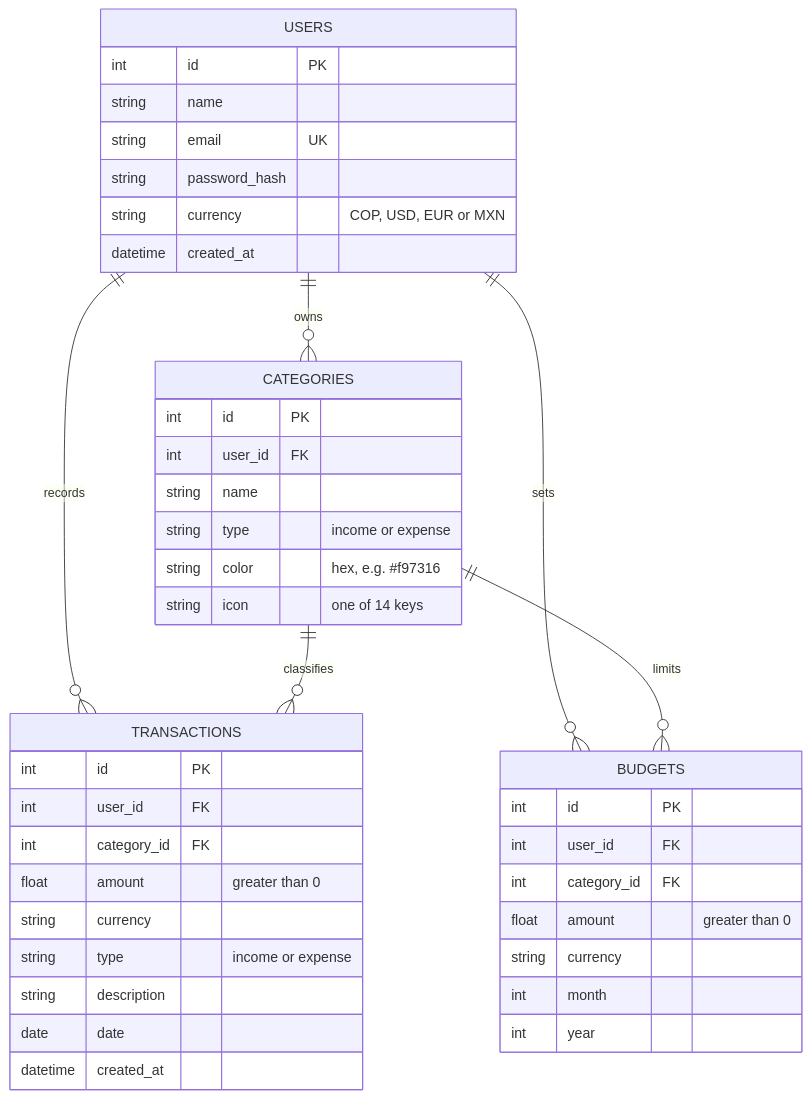
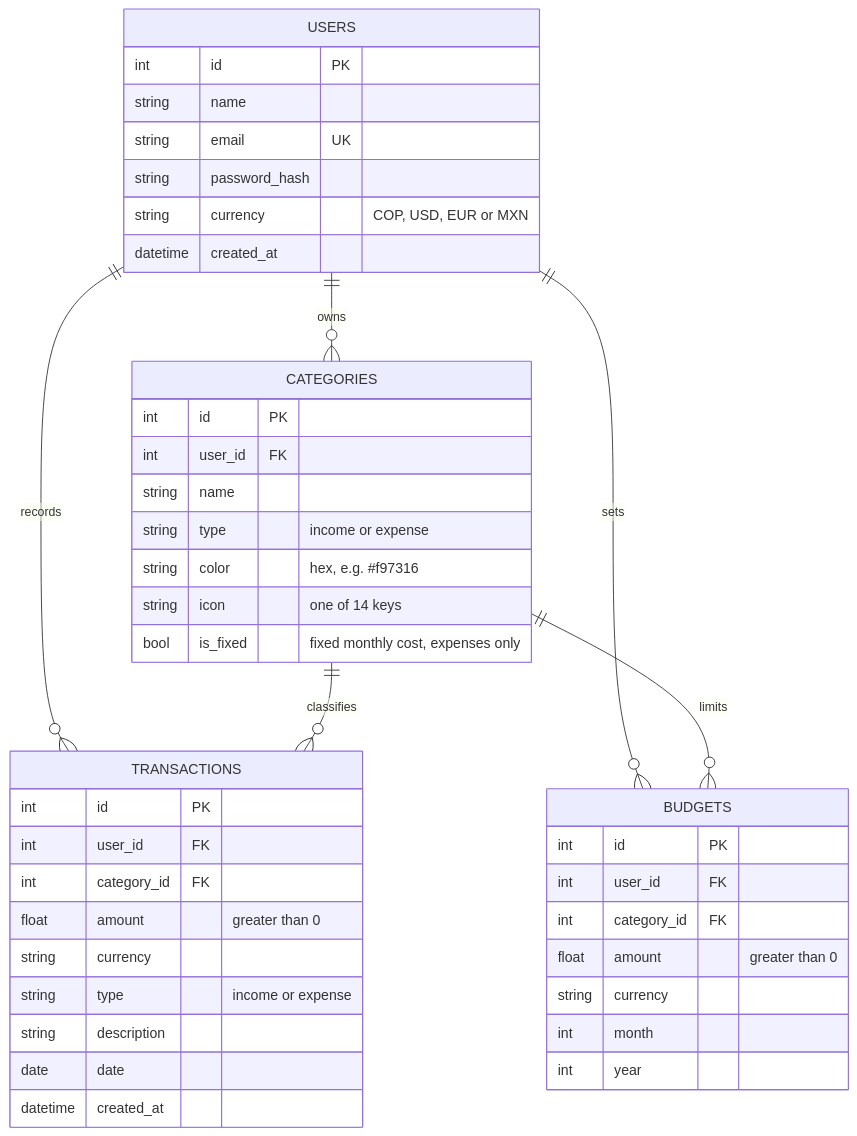
Before and after one commit to Rerzd/Lemmy: the second of 2 diagrams in README.md, drawn with Mermaid. The commit also changed other lines of this file, not shown here.

````diff
--- a/README.md
+++ b/README.md
@@ -64,45 +65,46 @@
 ```mermaid
 erDiagram
     USERS ||--o{ CATEGORIES : owns
     USERS ||--o{ TRANSACTIONS : records
     USERS ||--o{ BUDGETS : sets
     CATEGORIES ||--o{ TRANSACTIONS : classifies
     CATEGORIES ||--o{ BUDGETS : limits
 
     USERS {
         int id PK
         string name
         string email UK
         string password_hash
         string currency "COP, USD, EUR or MXN"
         datetime created_at
     }
     CATEGORIES {
         int id PK
         int user_id FK
         string name
         string type "income or expense"
         string color "hex, e.g. #f97316"
         string icon "one of 14 keys"
+        bool is_fixed "fixed monthly cost, expenses only"
     }
     TRANSACTIONS {
         int id PK
         int user_id FK
         int category_id FK
         float amount "greater than 0"
         string currency
         string type "income or expense"
         string description
         date date
         datetime created_at
     }
     BUDGETS {
         int id PK
         int user_id FK
         int category_id FK
         float amount "greater than 0"
         string currency
         int month
         int year
     }
 ```
````
